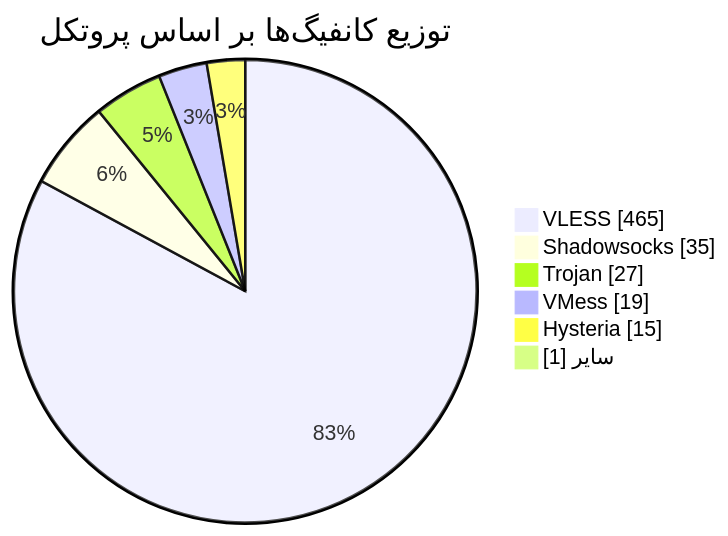
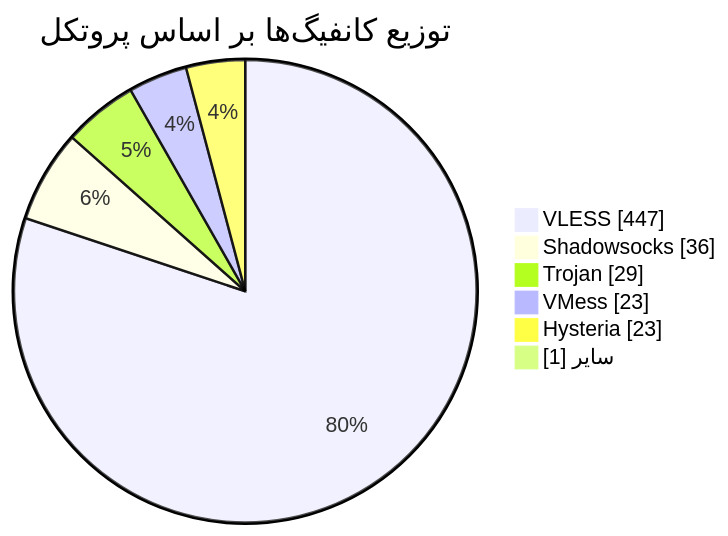
One commit to Arian-Alijani/Somthing changed the diagram in README.md. Above: the diagram before and after it, drawn with Mermaid. The commit also changed other lines of this file and 93 other files, not shown here.

````diff
--- a/README.md
+++ b/README.md
@@ -48,10 +48,10 @@
 ```mermaid
 pie showData
     title توزیع کانفیگ‌ها بر اساس پروتکل
-    "VLESS" : 465
-    "Shadowsocks" : 35
-    "Trojan" : 27
-    "VMess" : 19
-    "Hysteria" : 15
+    "VLESS" : 447
+    "Shadowsocks" : 36
+    "Trojan" : 29
+    "VMess" : 23
+    "Hysteria" : 23
     "سایر" : 1
 ```
````
